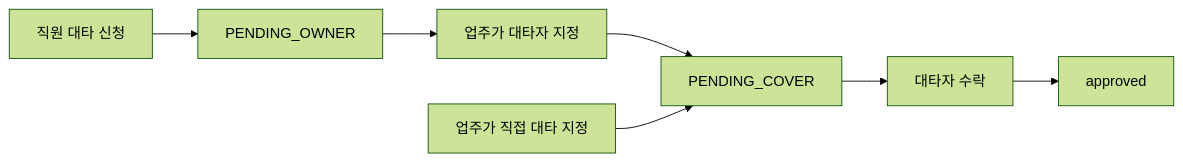
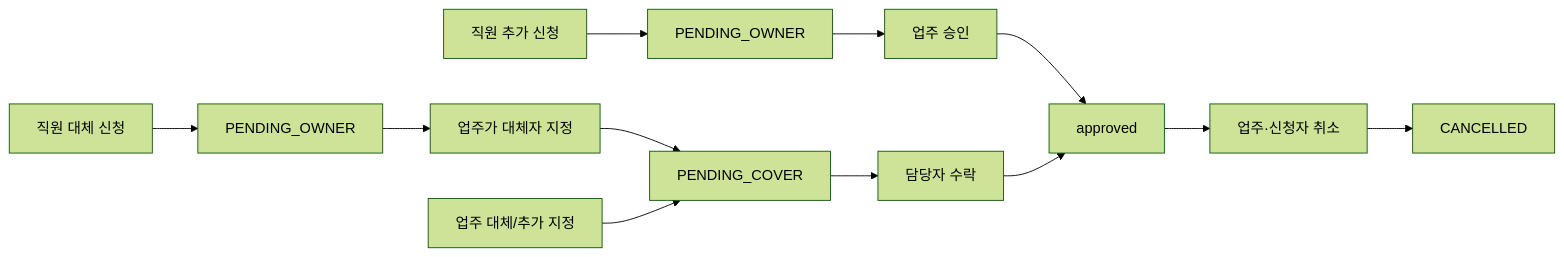
Diagram 13 of 18 in docs/PBB-유저-흐름도.md (ohdeg/PBB), drawn with Mermaid (forest theme) before and after one commit. The commit also changed other lines of this file and 84 other files, not shown here.

````diff
--- a/docs/PBB-유저-흐름도.md
+++ b/docs/PBB-유저-흐름도.md
@@ -248,9 +274,14 @@
 ```mermaid
 flowchart LR
-    empReq[직원 대타 신청] --> pendingOwner[PENDING_OWNER]
-    pendingOwner --> ownerAssign[업주가 대타자 지정]
+    empCover[직원 대체 신청] --> pendingOwner[PENDING_OWNER]
+    pendingOwner --> ownerAssign[업주가 대체자 지정]
     ownerAssign --> pendingCover[PENDING_COVER]
-    ownerDirect[업주가 직접 대타 지정] --> pendingCover
-    pendingCover --> coverOk[대타자 수락]
+    ownerDirect[업주 대체/추가 지정] --> pendingCover
+    empExtra[직원 추가 신청] --> pendingOwnerExtra[PENDING_OWNER]
+    pendingOwnerExtra --> ownerApprove[업주 승인]
+    ownerApprove --> approved
+    pendingCover --> coverOk[담당자 수락]
     coverOk --> approved
+    approved --> cancelApproved[업주·신청자 취소]
+    cancelApproved --> cancelled[CANCELLED]
 ```
````
